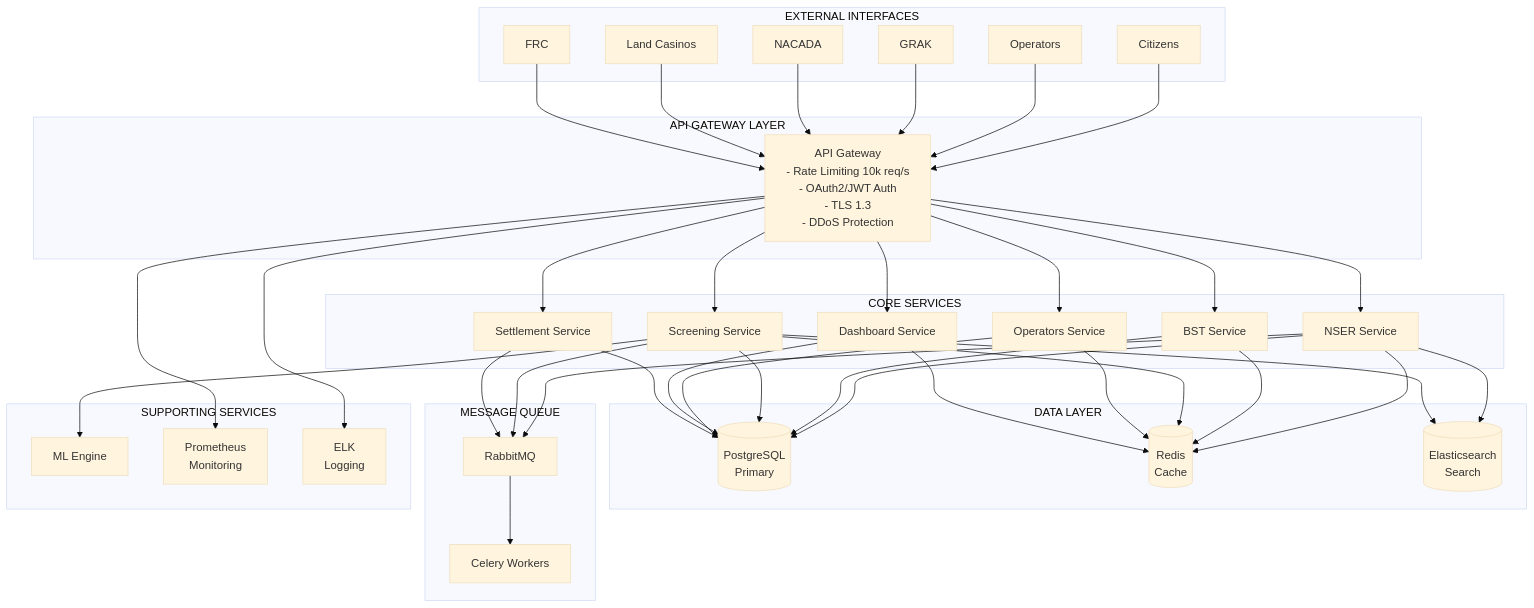
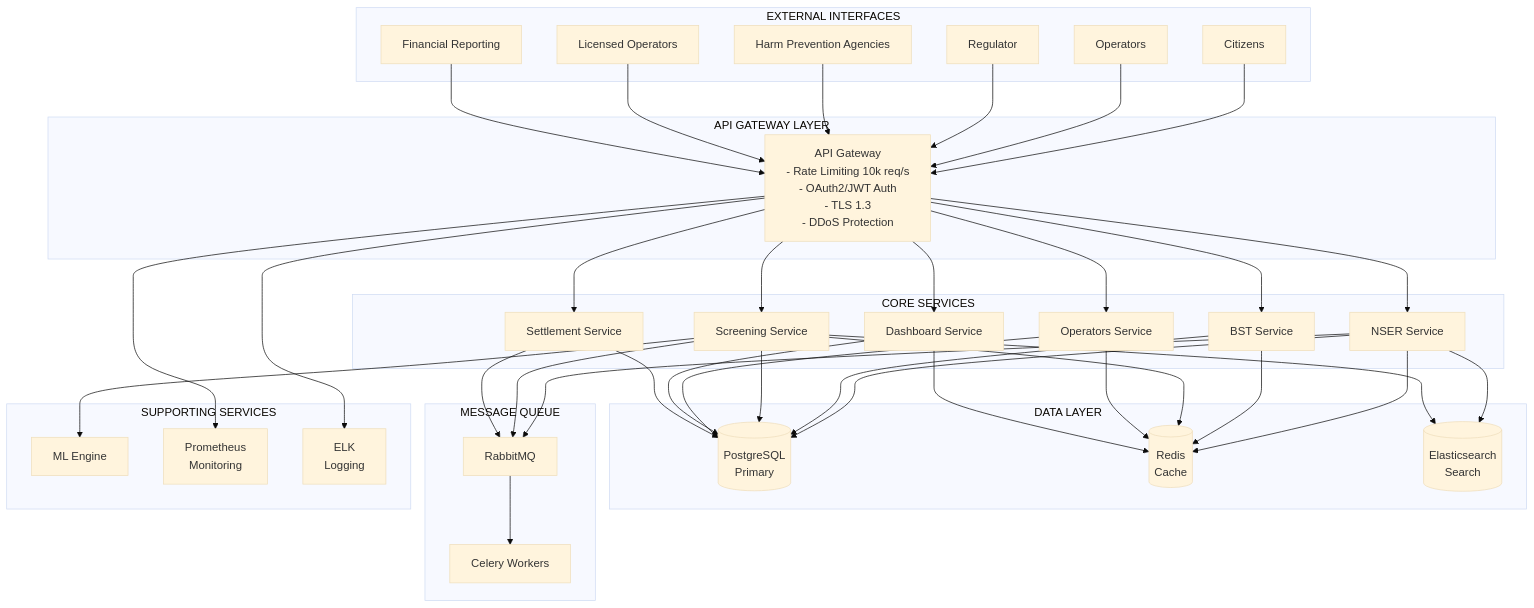
Before and after one commit to tomojanga/Bematore-NSER-RG: the diagram in backend/docs/architecture/system-overview.md, drawn with Mermaid (base theme). The commit also changed other lines of this file and 4 other files, not shown here.

````diff
--- a/backend/docs/architecture/system-overview.md
+++ b/backend/docs/architecture/system-overview.md
@@ -5,81 +5,81 @@
 ```mermaid
 graph TB
     subgraph External["EXTERNAL INTERFACES"]
         Citizens[Citizens]
         Operators[Operators]
-        GRAK[GRAK]
-        NACADA[NACADA]
-        Casinos[Land Casinos]
-        FRC[FRC]
+        Regulator[Regulator]
+        HarmPrevention[Harm Prevention Agencies]
+        Casinos[Licensed Operators]
+        FinancialReporting[Financial Reporting]
     end
     
     subgraph Gateway["API GATEWAY LAYER"]
         API[API Gateway<br/>- Rate Limiting 10k req/s<br/>- OAuth2/JWT Auth<br/>- TLS 1.3<br/>- DDoS Protection]
     end
     
     subgraph Services["CORE SERVICES"]
         NSER[NSER Service]
         BST[BST Service]
         Screening[Screening Service]
         OpService[Operators Service]
         Dashboard[Dashboard Service]
         Settlement[Settlement Service]
     end
     
     subgraph Data["DATA LAYER"]
         Postgres[(PostgreSQL<br/>Primary)]
         Redis[(Redis<br/>Cache)]
         Elastic[(Elasticsearch<br/>Search)]
     end
     
     subgraph Queue["MESSAGE QUEUE"]
         RabbitMQ[RabbitMQ]
         Celery[Celery Workers]
     end
     
     subgraph Support["SUPPORTING SERVICES"]
         ML[ML Engine]
         Monitor[Prometheus<br/>Monitoring]
         Logs[ELK<br/>Logging]
     end
     
     Citizens --> API
     Operators --> API
-    GRAK --> API
-    NACADA --> API
+    Regulator --> API
+    HarmPrevention --> API
     Casinos --> API
-    FRC --> API
+    FinancialReporting --> API
     
     API --> NSER
     API --> BST
     API --> Screening
     API --> OpService
     API --> Dashboard
     API --> Settlement
     
     NSER --> Postgres
     BST --> Postgres
     Screening --> Postgres
     OpService --> Postgres
     Dashboard --> Postgres
     Settlement --> Postgres
     
     NSER --> Redis
     BST --> Redis
     Screening --> Redis
     OpService --> Redis
     Dashboard --> Redis
     
     NSER --> Elastic
     Screening --> Elastic
     
     NSER --> RabbitMQ
     Screening --> RabbitMQ
     Settlement --> RabbitMQ
     
     RabbitMQ --> Celery
     
     Screening --> ML
     API --> Monitor
     API --> Logs
 ```
````
